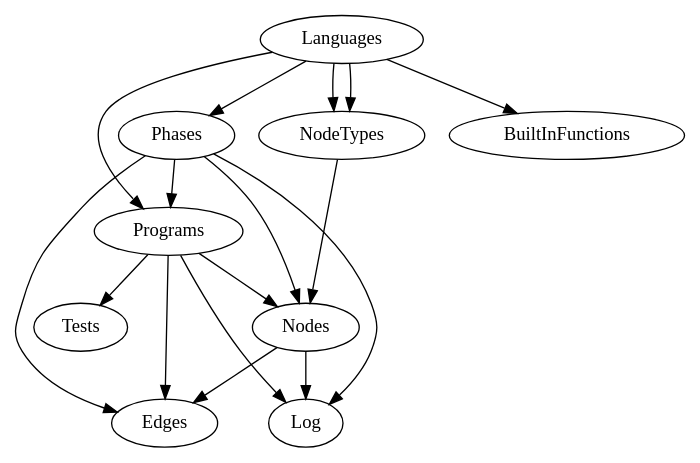
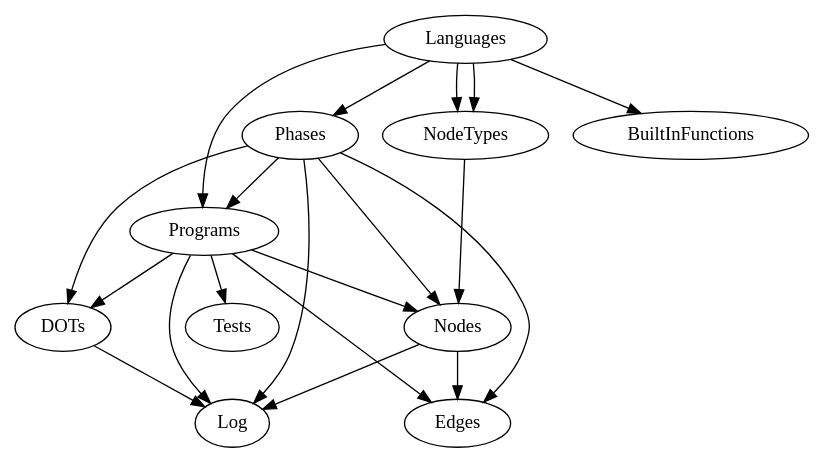
Before and after one commit to soft-lang/soft: the diagram in doc/data_model.dot, drawn with Graphviz. The commit also changed 2 other files, not shown here.

```diff
--- a/doc/data_model.dot
+++ b/doc/data_model.dot
@@ -1,18 +1,21 @@
 digraph {
     Languages -> Phases
     Languages -> NodeTypes
     Languages -> NodeTypes
     Languages -> Programs
     Phases -> Programs
     Programs -> Nodes
     NodeTypes -> Nodes
     Phases -> Nodes
     Programs -> Edges
     Nodes -> Edges
     Phases -> Edges
     Programs -> Log
     Nodes -> Log
     Phases -> Log
     Programs -> Tests
     Languages -> BuiltInFunctions
+    Programs -> DOTs
+    Phases -> DOTs
+    DOTs -> Log
 }
```
